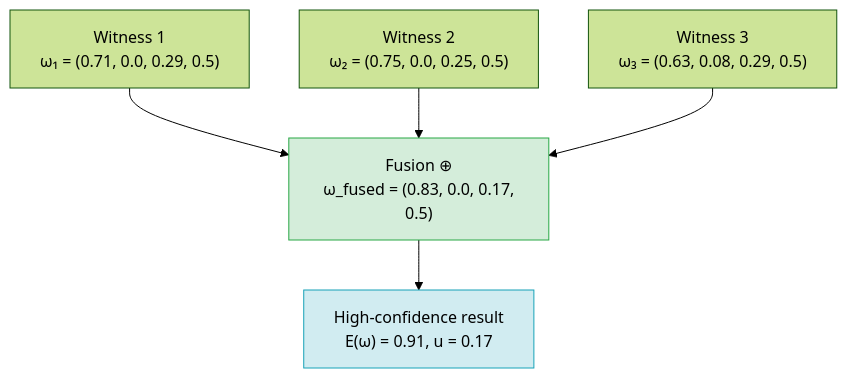
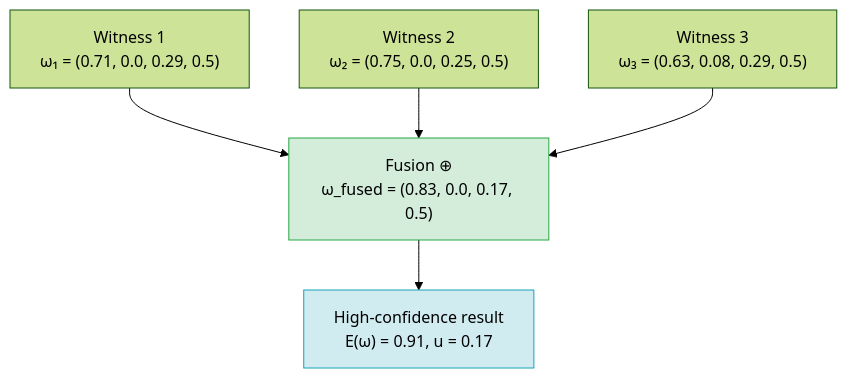
The third of 7 diagrams in rust/README.md (Steake/EQBSL), drawn with Mermaid (forest theme) before and after one commit. The commit also changed other lines of this file and 10 other files, not shown here.

````diff
--- a/rust/README.md
+++ b/rust/README.md
@@ -125,10 +125,10 @@
 ```mermaid
 graph TD
-    W1["Witness 1\n ω₁ = (0.71, 0.0, 0.29, 0.5)"] --> F["Fusion ⊕\n ω_fused = (0.83, 0.0, 0.17, 0.5)"]
-    W2["Witness 2\n ω₂ = (0.75, 0.0, 0.25, 0.5)"] --> F
-    W3["Witness 3\n ω₃ = (0.63, 0.08, 0.29, 0.5)"] --> F
-    F --> R["High-confidence result\n E(ω) = 0.91, u = 0.17"]
+    W1["Witness 1<br/>ω₁ = (0.71, 0.0, 0.29, 0.5)"] --> F["Fusion ⊕<br/>ω_fused = (0.83, 0.0, 0.17, 0.5)"]
+    W2["Witness 2<br/>ω₂ = (0.75, 0.0, 0.25, 0.5)"] --> F
+    W3["Witness 3<br/>ω₃ = (0.63, 0.08, 0.29, 0.5)"] --> F
+    F --> R["High-confidence result<br/>E(ω) = 0.91, u = 0.17"]
 
     style F fill:#d4edda,stroke:#28a745,color:#000000
     style R fill:#d1ecf1,stroke:#17a2b8,color:#000000
 ```
````
